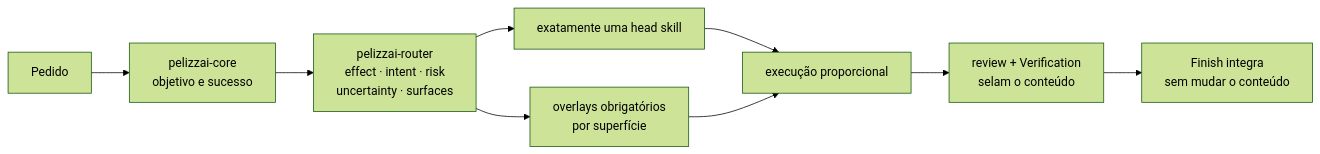
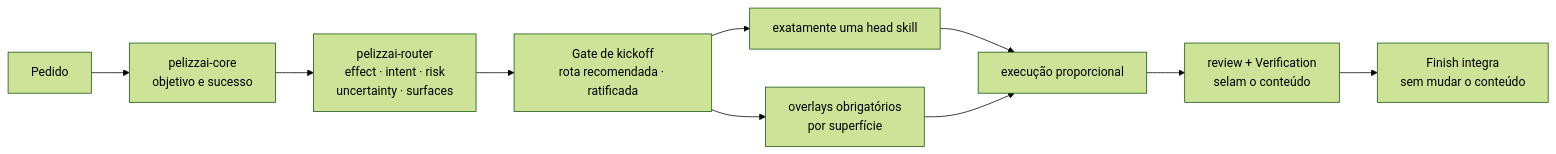
The first of 4 diagrams in README.md (rpelizza/PelizzAI), drawn with Mermaid (forest theme) before and after one commit. The commit also changed other lines of this file and 36 other files, not shown here.

````diff
--- a/README.md
+++ b/README.md
@@ -17,11 +17,12 @@
 ```mermaid
 flowchart LR
     U["Pedido"] --> C["pelizzai-core<br/>objetivo e sucesso"]
     C --> R["pelizzai-router<br/>effect · intent · risk<br/>uncertainty · surfaces"]
-    R --> H["exatamente uma head skill"]
-    R --> O["overlays obrigatórios<br/>por superfície"]
+    R --> K["Gate de kickoff<br/>rota recomendada · ratificada"]
+    K --> H["exatamente uma head skill"]
+    K --> O["overlays obrigatórios<br/>por superfície"]
     H --> E["execução proporcional"]
     O --> E
     E --> V["review + Verification<br/>selam o conteúdo"]
     V --> F["Finish integra<br/>sem mudar o conteúdo"]
 ```
````
